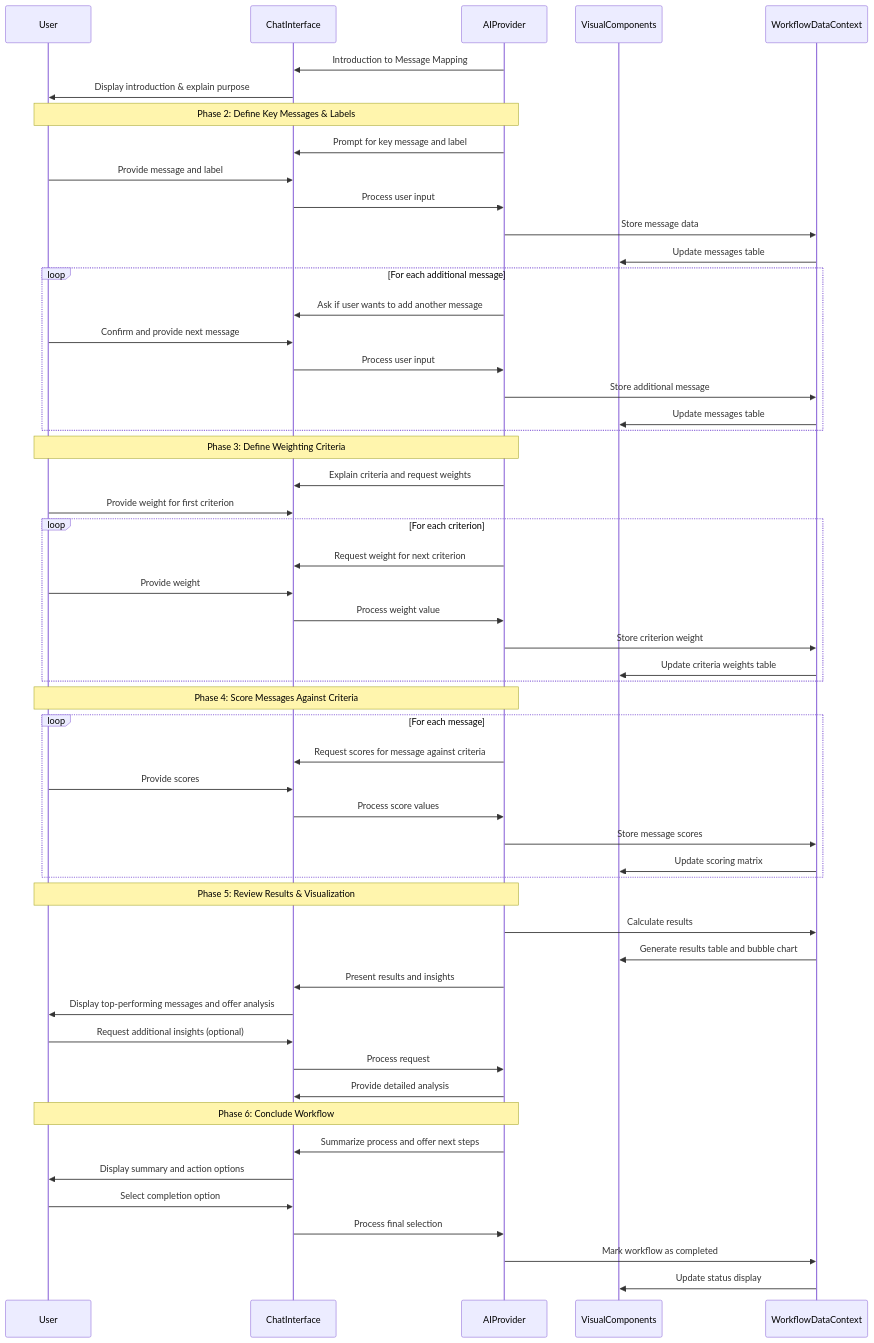
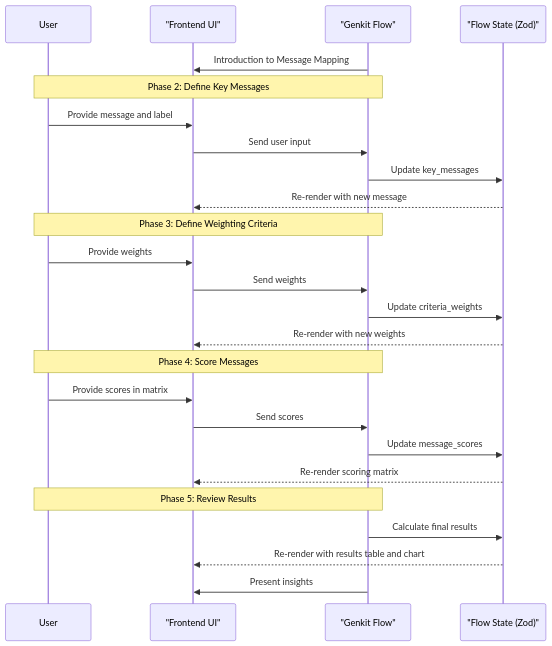
Before and after one commit to Ty-Robb/Pipit-AI: the diagram in docs/strategy-components/workflows/marketing-strategy/messaging.md, drawn with Mermaid. The commit also changed other lines of this file and 19 other files, not shown here.

Commit message:
docs: complete Genkit architecture alignment and project README

````diff
--- a/docs/strategy-components/workflows/marketing-strategy/messaging.md
+++ b/docs/strategy-components/workflows/marketing-strategy/messaging.md
@@ -802,64 +151,32 @@
 ```mermaid
 sequenceDiagram
     participant User
-    participant ChatInterface
-    participant AIProvider
-    participant VisualComponents
-    participant WorkflowDataContext
+    participant FrontendUI as "Frontend UI"
+    participant GenkitFlow as "Genkit Flow"
+    participant FlowState as "Flow State (Zod)"
 
-    AIProvider->>ChatInterface: Introduction to Message Mapping
-    ChatInterface->>User: Display introduction & explain purpose
+    GenkitFlow->>FrontendUI: Introduction to Message Mapping
     
-    Note over User,AIProvider: Phase 2: Define Key Messages & Labels
-    AIProvider->>ChatInterface: Prompt for key message and label
-    User->>ChatInterface: Provide message and label
-    ChatInterface->>AIProvider: Process user input
-    AIProvider->>WorkflowDataContext: Store message data
-    WorkflowDataContext->>VisualComponents: Update messages table
+    Note over User,GenkitFlow: Phase 2: Define Key Messages
+    User->>FrontendUI: Provide message and label
+    FrontendUI->>GenkitFlow: Send user input
+    GenkitFlow->>FlowState: Update key_messages
+    FlowState-->>FrontendUI: Re-render with new message
     
-    loop For each additional message
-        AIProvider->>ChatInterface: Ask if user wants to add another message
-        User->>ChatInterface: Confirm and provide next message
-        ChatInterface->>AIProvider: Process user input
-        AIProvider->>WorkflowDataContext: Store additional message
-        WorkflowDataContext->>VisualComponents: Update messages table
-    end
+    Note over User,GenkitFlow: Phase 3: Define Weighting Criteria
+    User->>FrontendUI: Provide weights
+    FrontendUI->>GenkitFlow: Send weights
+    GenkitFlow->>FlowState: Update criteria_weights
+    FlowState-->>FrontendUI: Re-render with new weights
     
-    Note over User,AIProvider: Phase 3: Define Weighting Criteria
-    AIProvider->>ChatInterface: Explain criteria and request weights
-    User->>ChatInterface: Provide weight for first criterion
+    Note over User,GenkitFlow: Phase 4: Score Messages
+    User->>FrontendUI: Provide scores in matrix
+    FrontendUI->>GenkitFlow: Send scores
+    GenkitFlow->>FlowState: Update message_scores
+    FlowState-->>FrontendUI: Re-render scoring matrix
     
-    loop For each criterion
-        AIProvider->>ChatInterface: Request weight for next criterion
-        User->>ChatInterface: Provide weight
-        ChatInterface->>AIProvider: Process weight value
-        AIProvider->>WorkflowDataContext: Store criterion weight
-        WorkflowDataContext->>VisualComponents: Update criteria weights table
-    end
-    
-    Note over User,AIProvider: Phase 4: Score Messages Against Criteria
-    loop For each message
-        AIProvider->>ChatInterface: Request scores for message against criteria
-        User->>ChatInterface: Provide scores
-        ChatInterface->>AIProvider: Process score values
-        AIProvider->>WorkflowDataContext: Store message scores
-        WorkflowDataContext->>VisualComponents: Update scoring matrix
-    end
-    
-    Note over User,AIProvider: Phase 5: Review Results & Visualization
-    AIProvider->>WorkflowDataContext: Calculate results
-    WorkflowDataContext->>VisualComponents: Generate results table and bubble chart
-    AIProvider->>ChatInterface: Present results and insights
-    ChatInterface->>User: Display top-performing messages and offer analysis
-    User->>ChatInterface: Request additional insights (optional)
-    ChatInterface->>AIProvider: Process request
-    AIProvider->>ChatInterface: Provide detailed analysis
-    
-    Note over User,AIProvider: Phase 6: Conclude Workflow
-    AIProvider->>ChatInterface: Summarize process and offer next steps
-    ChatInterface->>User: Display summary and action options
-    User->>ChatInterface: Select completion option
-    ChatInterface->>AIProvider: Process final selection
-    AIProvider->>WorkflowDataContext: Mark workflow as completed
-    WorkflowDataContext->>VisualComponents: Update status display
+    Note over User,GenkitFlow: Phase 5: Review Results
+    GenkitFlow->>FlowState: Calculate final results
+    FlowState-->>FrontendUI: Re-render with results table and chart
+    GenkitFlow->>FrontendUI: Present insights
 ```
````
